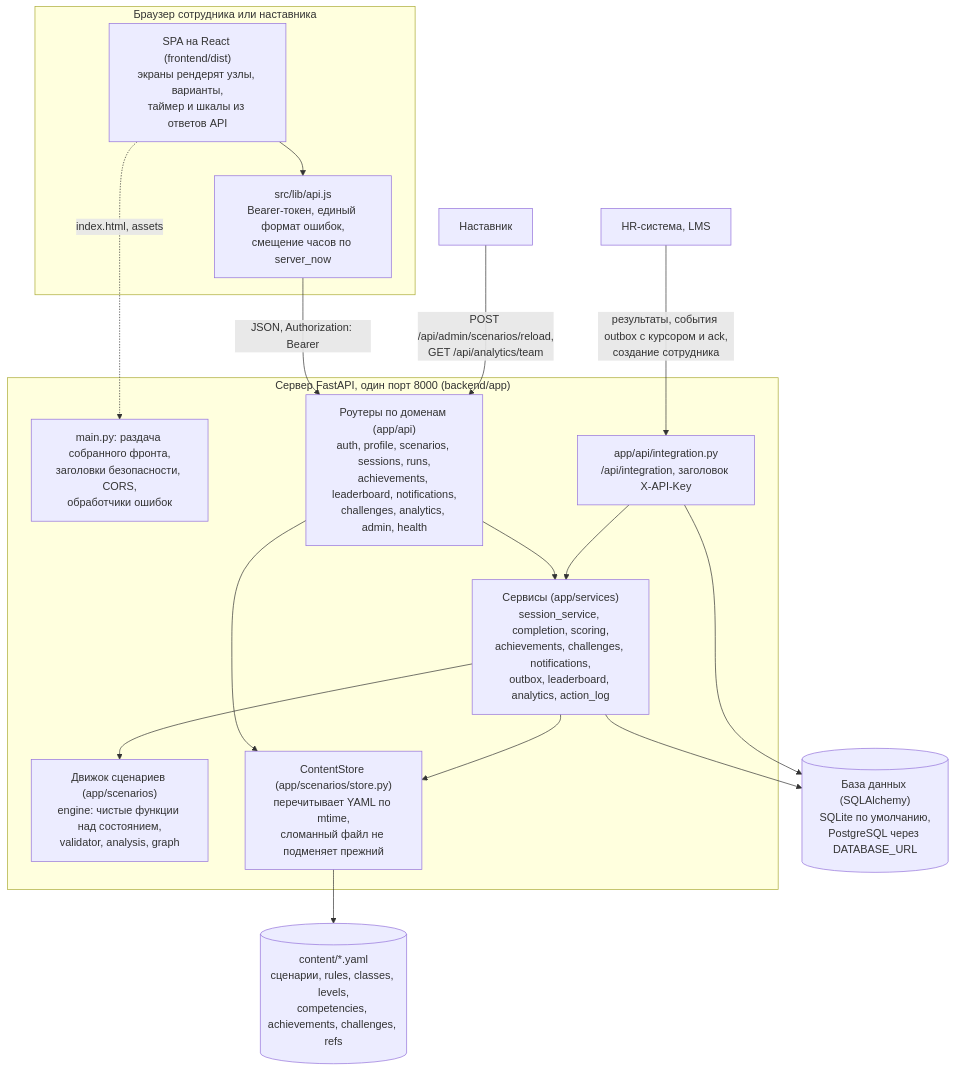
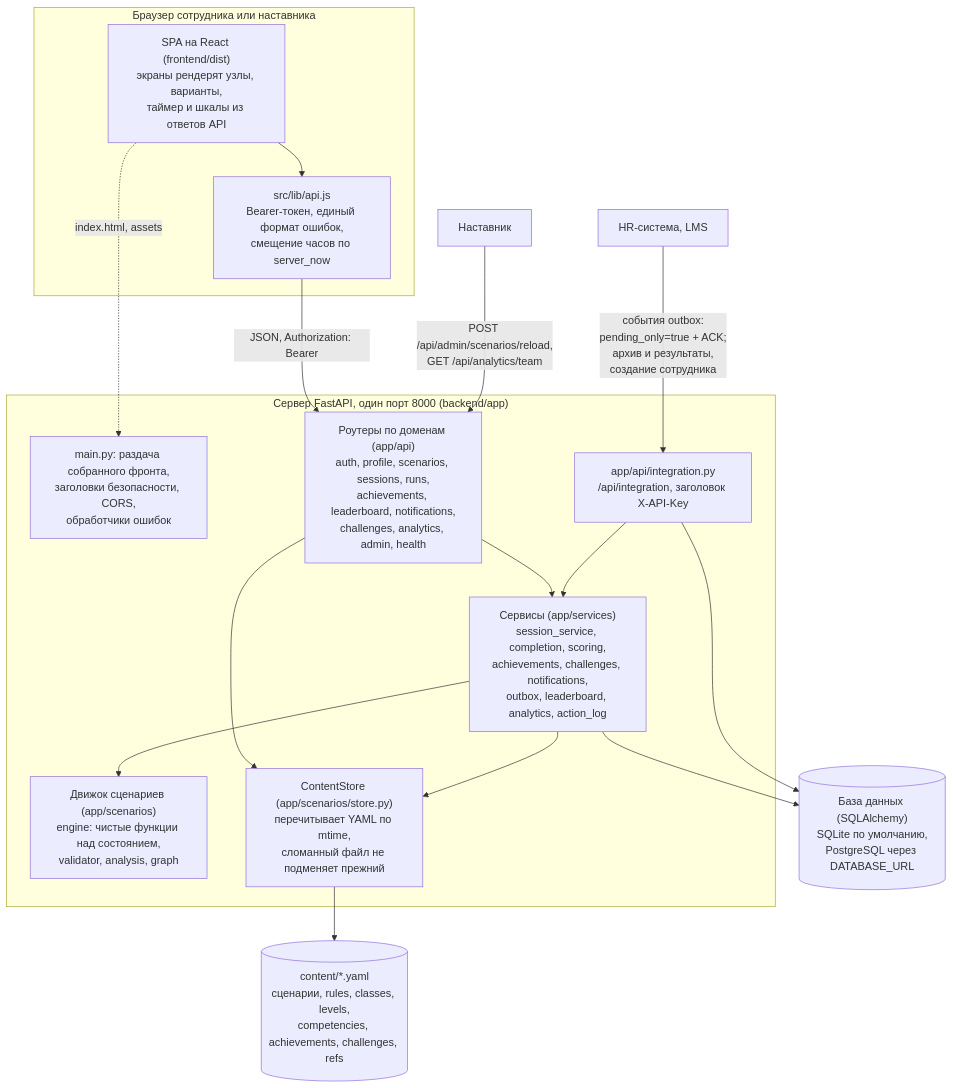
Before and after one commit to Arsenii7867/provodnik-400: the first of 3 diagrams in docs/architecture.md, drawn with Mermaid. The commit also changed other lines of this file and 14 other files, not shown here.

````diff
--- a/docs/architecture.md
+++ b/docs/architecture.md
@@ -20,35 +20,35 @@
 ```mermaid
 flowchart TB
   subgraph browser["Браузер сотрудника или наставника"]
     spa["SPA на React (frontend/dist)<br/>экраны рендерят узлы, варианты,<br/>таймер и шкалы из ответов API"]
     apijs["src/lib/api.js<br/>Bearer-токен, единый формат ошибок,<br/>смещение часов по server_now"]
     spa --> apijs
   end
 
   subgraph server["Сервер FastAPI, один порт 8000 (backend/app)"]
     static["main.py: раздача собранного фронта,<br/>заголовки безопасности, CORS,<br/>обработчики ошибок"]
     routers["Роутеры по доменам (app/api)<br/>auth, profile, scenarios, sessions, runs,<br/>achievements, leaderboard, notifications,<br/>challenges, analytics, admin, health"]
     integration["app/api/integration.py<br/>/api/integration, заголовок X-API-Key"]
     services["Сервисы (app/services)<br/>session_service, completion, scoring,<br/>achievements, challenges, notifications,<br/>outbox, leaderboard, analytics, action_log"]
     engine["Движок сценариев (app/scenarios)<br/>engine: чистые функции над состоянием,<br/>validator, analysis, graph"]
     store["ContentStore (app/scenarios/store.py)<br/>перечитывает YAML по mtime,<br/>сломанный файл не подменяет прежний"]
   end
 
   content[("content/*.yaml<br/>сценарии, rules, classes, levels,<br/>competencies, achievements, challenges, refs")]
   db[("База данных (SQLAlchemy)<br/>SQLite по умолчанию,<br/>PostgreSQL через DATABASE_URL")]
   hr["HR-система, LMS"]
   mentor["Наставник"]
 
   spa -. "index.html, assets" .-> static
   apijs -- "JSON, Authorization: Bearer" --> routers
   routers --> services
   routers --> store
   services --> engine
   services --> db
   services --> store
   store --> content
   integration --> services
   integration --> db
-  hr -- "результаты, события outbox с курсором и ack,<br/>создание сотрудника" --> integration
+  hr -- "события outbox:<br/>pending_only=true + ACK;<br/>архив и результаты,<br/>создание сотрудника" --> integration
   mentor -- "POST /api/admin/scenarios/reload,<br/>GET /api/analytics/team" --> routers
 ```
````
